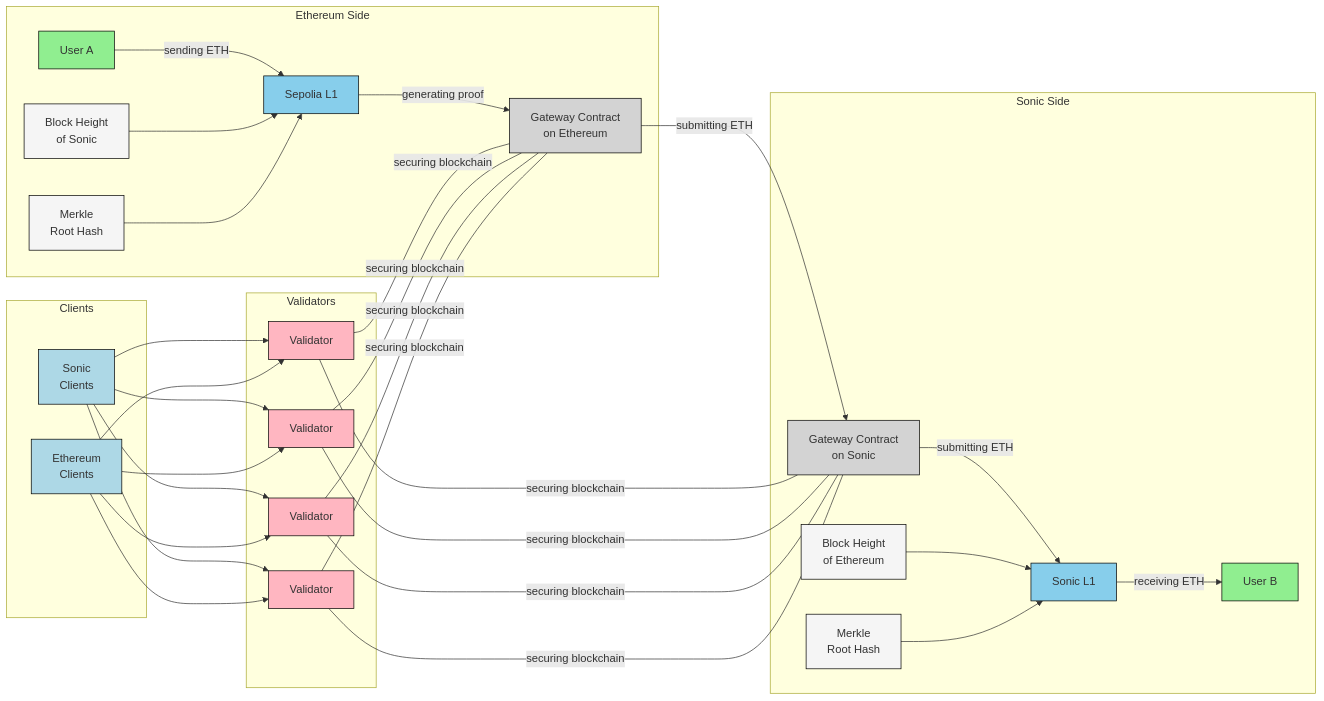
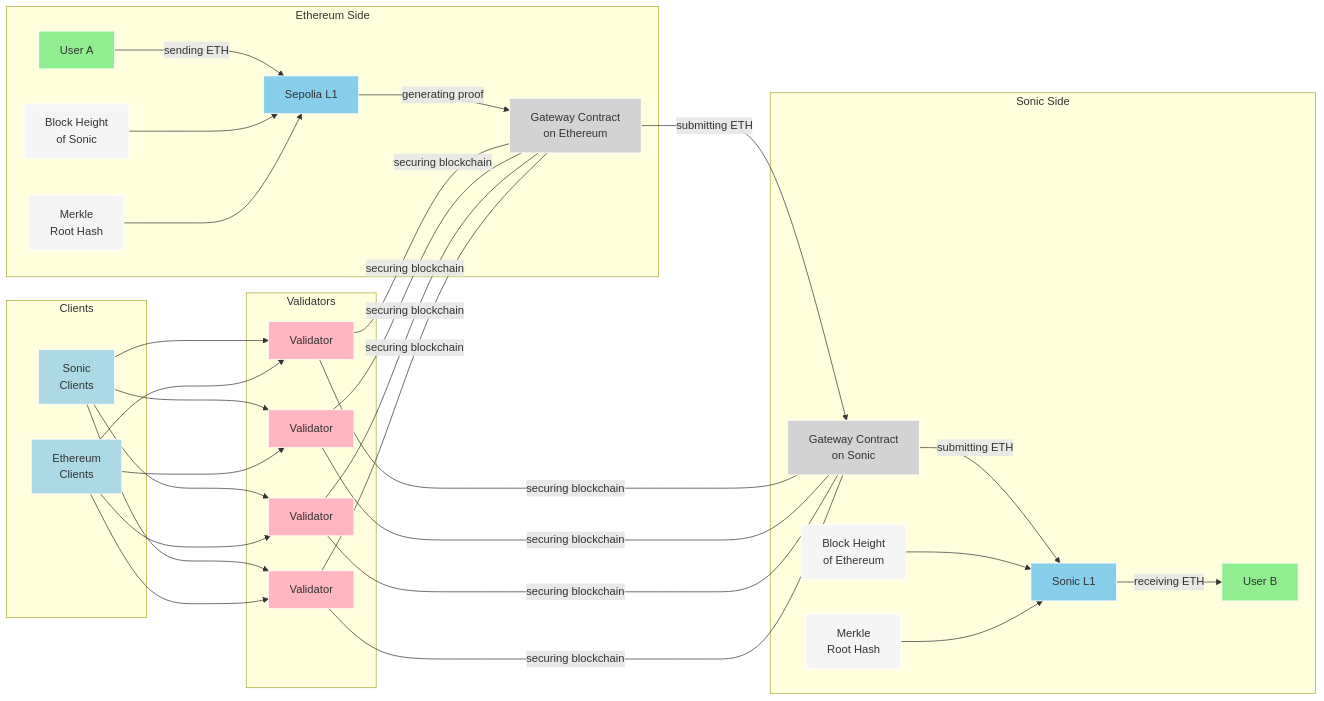
One commit to dinesh3456/sonic changed the diagram in README.md. Above: the diagram before and after it, drawn with Mermaid.

Commit message:
refactor readme file

````diff
--- a/README.md
+++ b/README.md
@@ -7,58 +7,58 @@
 ```mermaid
 graph LR
     subgraph "Ethereum Side"
         UA[User A]
         EL1[Sepolia L1]
         GE[Gateway Contract\non Ethereum]
         BH1[Block Height\nof Sonic]
         MH1[Merkle\nRoot Hash]
     end
 
     subgraph "Validators"
         V1[Validator]
         V2[Validator]
         V3[Validator]
         V4[Validator]
     end
 
     subgraph "Clients"
         SC[Sonic\nClients]
         EC[Ethereum\nClients]
     end
 
     subgraph "Sonic Side"
         UB[User B]
         SL1[Sonic L1]
         GS[Gateway Contract\non Sonic]
         BH2[Block Height\nof Ethereum]
         MH2[Merkle\nRoot Hash]
     end
 
     UA -->|sending ETH| EL1
     EL1 -->|generating proof| GE
     GE -->|submitting ETH| GS
     GS -->|submitting ETH| SL1
     SL1 -->|receiving ETH| UB
 
     V1 & V2 & V3 & V4 ---|securing blockchain| GE & GS
     SC & EC --> V1 & V2 & V3 & V4
 
     BH1 --> EL1
     MH1 --> EL1
     BH2 --> SL1
     MH2 --> SL1
 
-    classDef user fill:#90EE90,stroke:#000
-    classDef chain fill:#87CEEB,stroke:#000
-    classDef gateway fill:#D3D3D3,stroke:#000
-    classDef validator fill:#FFB6C1,stroke:#000
-    classDef client fill:#ADD8E6,stroke:#000
-    classDef block fill:#F5F5F5,stroke:#000
+    classDef user fill:#90EE90,stroke:#fff
+    classDef chain fill:#87CEEB,stroke:#fff
+    classDef gateway fill:#D3D3D3,stroke:#fff
+    classDef validator fill:#FFB6C1,stroke:#fff
+    classDef client fill:#ADD8E6,stroke:#fff
+    classDef block fill:#F5F5F5,stroke:#fff
 
     class UA,UB user
     class EL1,SL1 chain
     class GE,GS gateway
     class V1,V2,V3,V4 validator
     class SC,EC client
     class BH1,BH2,MH1,MH2 block
 ```
````
